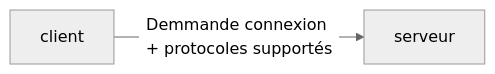
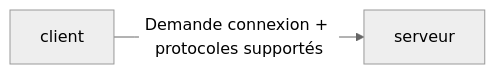
Before and after one commit to Jugulaire/Jugulaire.github.io: the first of 12 diagrams in _posts/2019-12-03-ntlm-relay.md, drawn with Mermaid (neutral theme). The commit also changed 3 other files, not shown here.

```diff
--- a/_posts/2019-12-03-ntlm-relay.md
+++ b/_posts/2019-12-03-ntlm-relay.md
@@ -67,4 +67,4 @@
 <div class="mermaid">
 graph LR;
-client--Demmande connexion + protocoles supportés-->serveur;
+client--Demande connexion + protocoles supportés-->serveur;
 </div>
```
